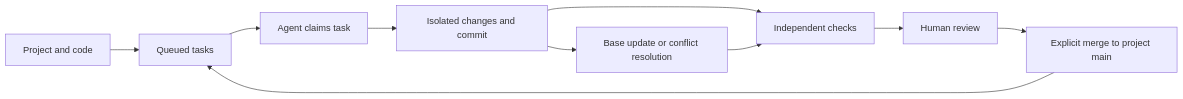
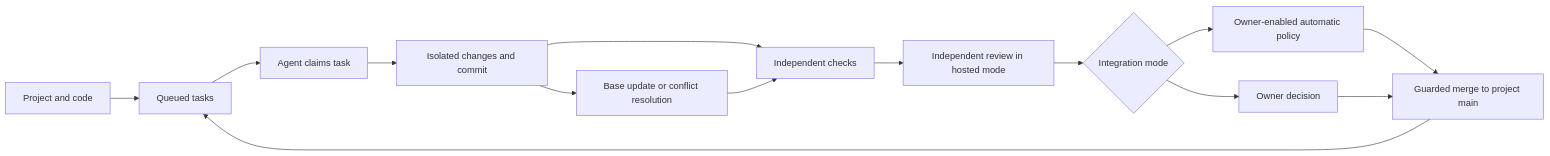
One commit to wornpage/projects-git changed the diagram in docs/app-model.md. Above: the diagram before and after it, drawn with Mermaid. The commit also changed other lines of this file and 12 other files, not shown here.

````diff
--- a/docs/app-model.md
+++ b/docs/app-model.md
@@ -13,12 +17,16 @@
 ```mermaid
 flowchart LR
   Project[Project and code] --> Queue[Queued tasks]
   Queue --> Claim[Agent claims task]
   Claim --> Candidate[Isolated changes and commit]
   Candidate --> Checks[Independent checks]
-  Checks --> Review[Human review]
-  Review --> Merge[Explicit merge to project main]
+  Checks --> Review[Independent review in hosted mode]
+  Review --> Policy{Integration mode}
+  Policy --> Auto[Owner-enabled automatic policy]
+  Policy --> Manual[Owner decision]
+  Auto --> Merge[Guarded merge to project main]
+  Manual --> Merge
   Merge --> Queue
   Candidate --> Update[Base update or conflict resolution]
   Update --> Checks
 ```
````
